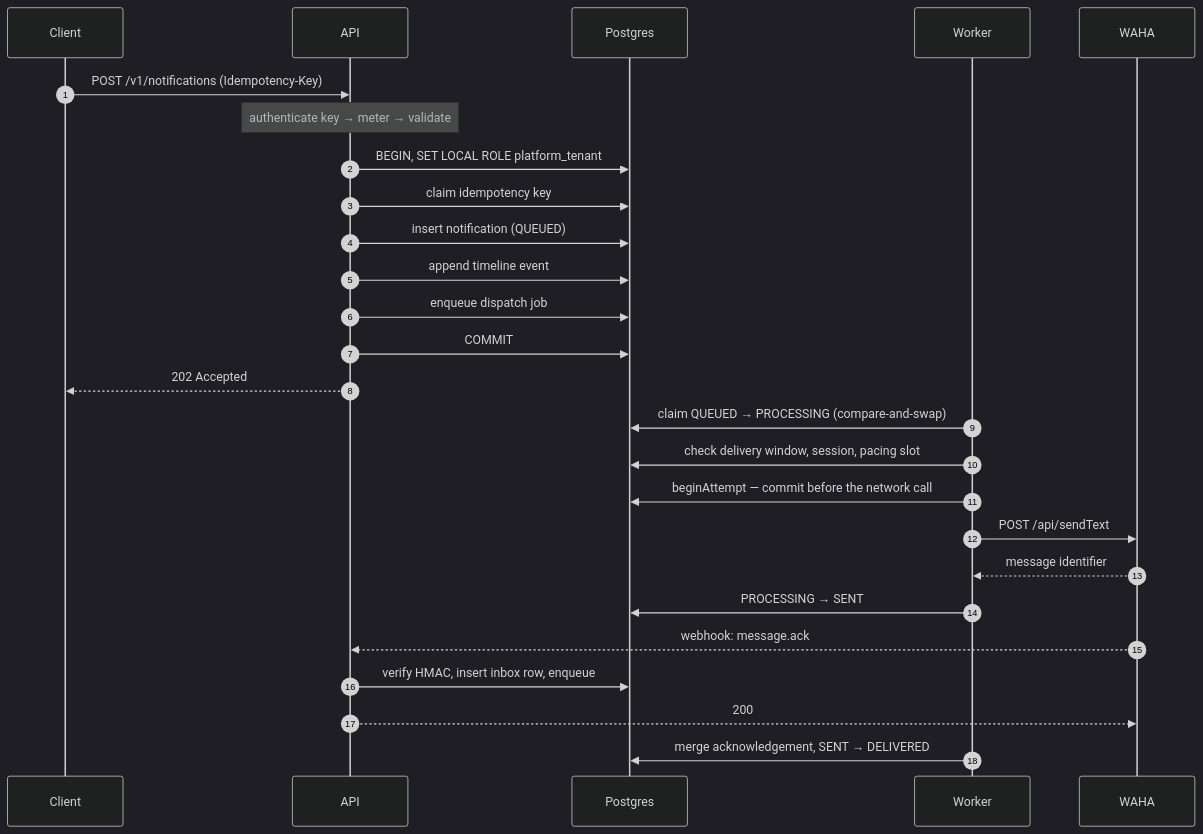
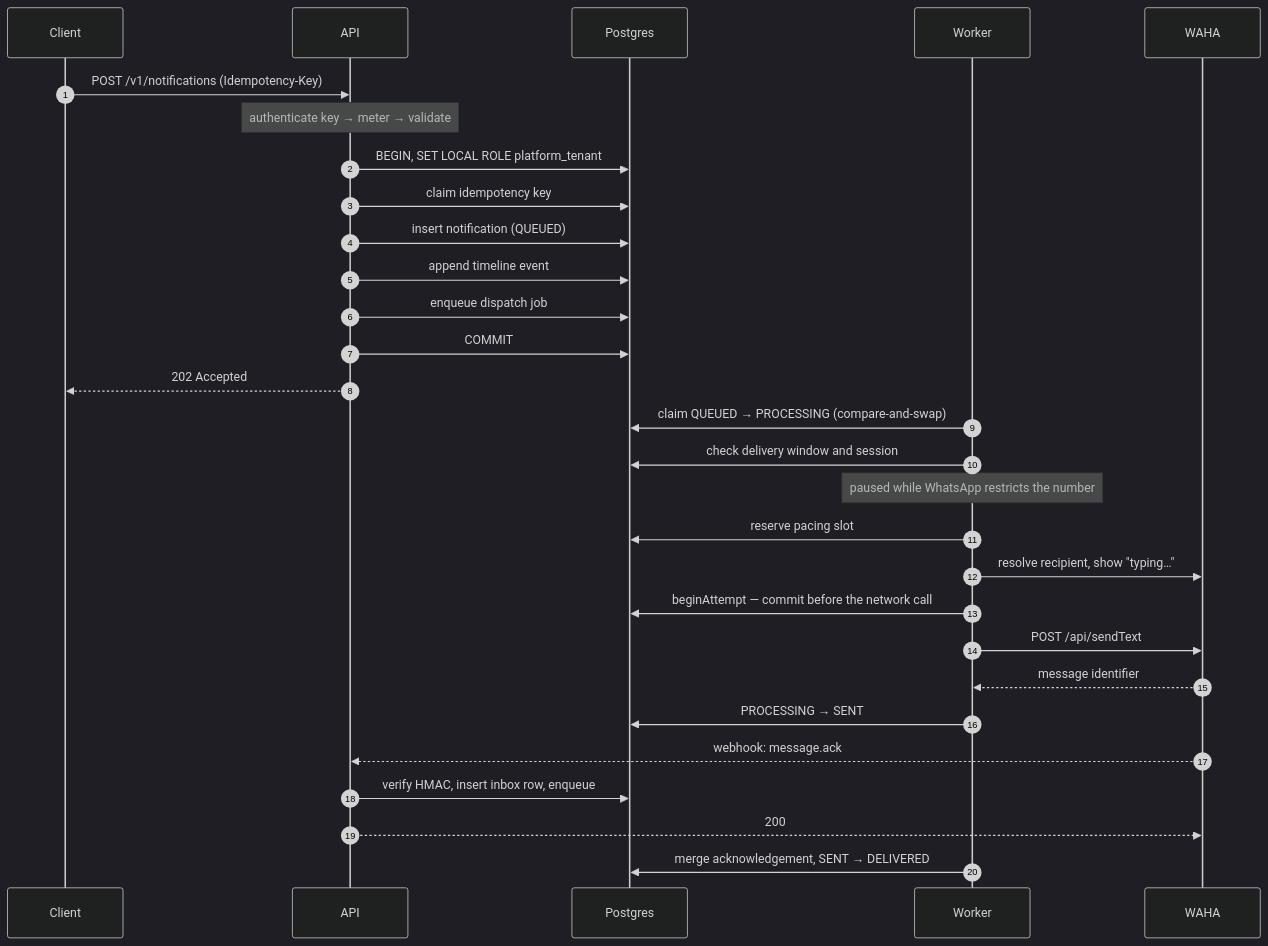
Before and after one commit to thomazzi98/whatsapp-notification-platform: the third of 4 diagrams in docs/architecture.md, drawn with Mermaid (dark theme). The commit also changed other lines of this file and 5 other files, not shown here.

````diff
--- a/docs/architecture.md
+++ b/docs/architecture.md
@@ -98,31 +98,34 @@
 ```mermaid
 sequenceDiagram
   autonumber
   participant Client
   participant API
   participant Postgres
   participant Worker
   participant WAHA
 
   Client->>API: POST /v1/notifications (Idempotency-Key)
   Note over API: authenticate key → meter → validate
   API->>Postgres: BEGIN, SET LOCAL ROLE platform_tenant
   API->>Postgres: claim idempotency key
   API->>Postgres: insert notification (QUEUED)
   API->>Postgres: append timeline event
   API->>Postgres: enqueue dispatch job
   API->>Postgres: COMMIT
   API-->>Client: 202 Accepted
 
   Worker->>Postgres: claim QUEUED → PROCESSING (compare-and-swap)
-  Worker->>Postgres: check delivery window, session, pacing slot
+  Worker->>Postgres: check delivery window and session
+  Note over Worker: paused while WhatsApp restricts the number
+  Worker->>Postgres: reserve pacing slot
+  Worker->>WAHA: resolve recipient, show "typing…"
   Worker->>Postgres: beginAttempt — commit before the network call
   Worker->>WAHA: POST /api/sendText
   WAHA-->>Worker: message identifier
   Worker->>Postgres: PROCESSING → SENT
 
   WAHA-->>API: webhook: message.ack
   API->>Postgres: verify HMAC, insert inbox row, enqueue
   API-->>WAHA: 200
   Worker->>Postgres: merge acknowledgement, SENT → DELIVERED
 ```
````
